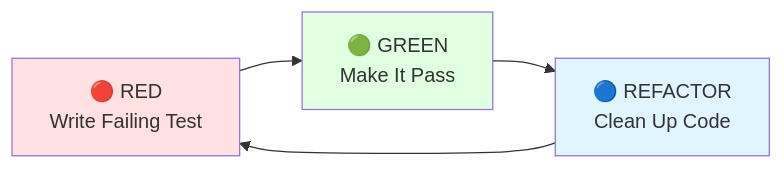
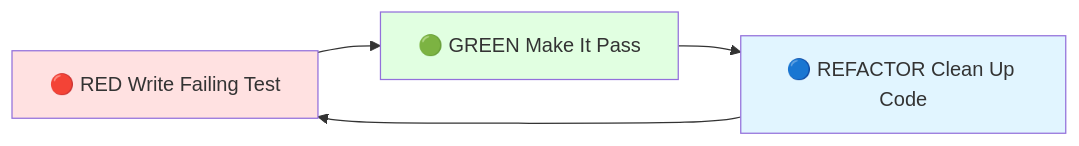
The first of 3 diagrams in wiki/Testing-Strategy.md (softwarewrighter/sw-checklist), drawn with Mermaid before and after one commit. The commit also changed 7 other files, not shown here.

````diff
--- a/wiki/Testing-Strategy.md
+++ b/wiki/Testing-Strategy.md
@@ -14,10 +14,10 @@
 ```mermaid
 graph LR
-    Red[🔴 RED<br/>Write Failing Test] --> Green[🟢 GREEN<br/>Make It Pass]
-    Green --> Refactor[🔵 REFACTOR<br/>Clean Up Code]
+    Red[🔴 RED Write Failing Test] --> Green[🟢 GREEN Make It Pass]
+    Green --> Refactor[🔵 REFACTOR Clean Up Code]
     Refactor --> Red
 
     style Red fill:#ffe1e1
     style Green fill:#e1ffe1
     style Refactor fill:#e1f5ff
 ```
````
